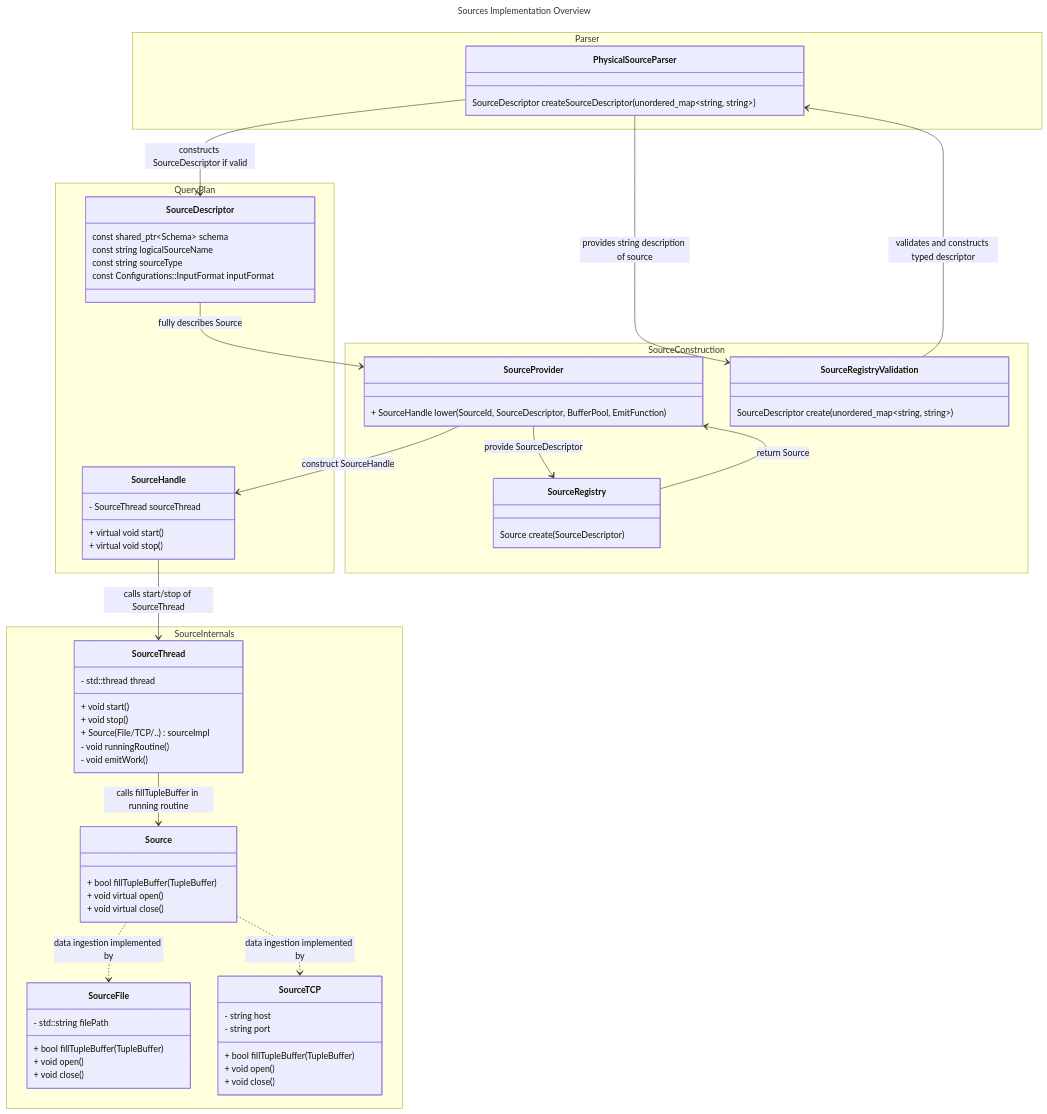
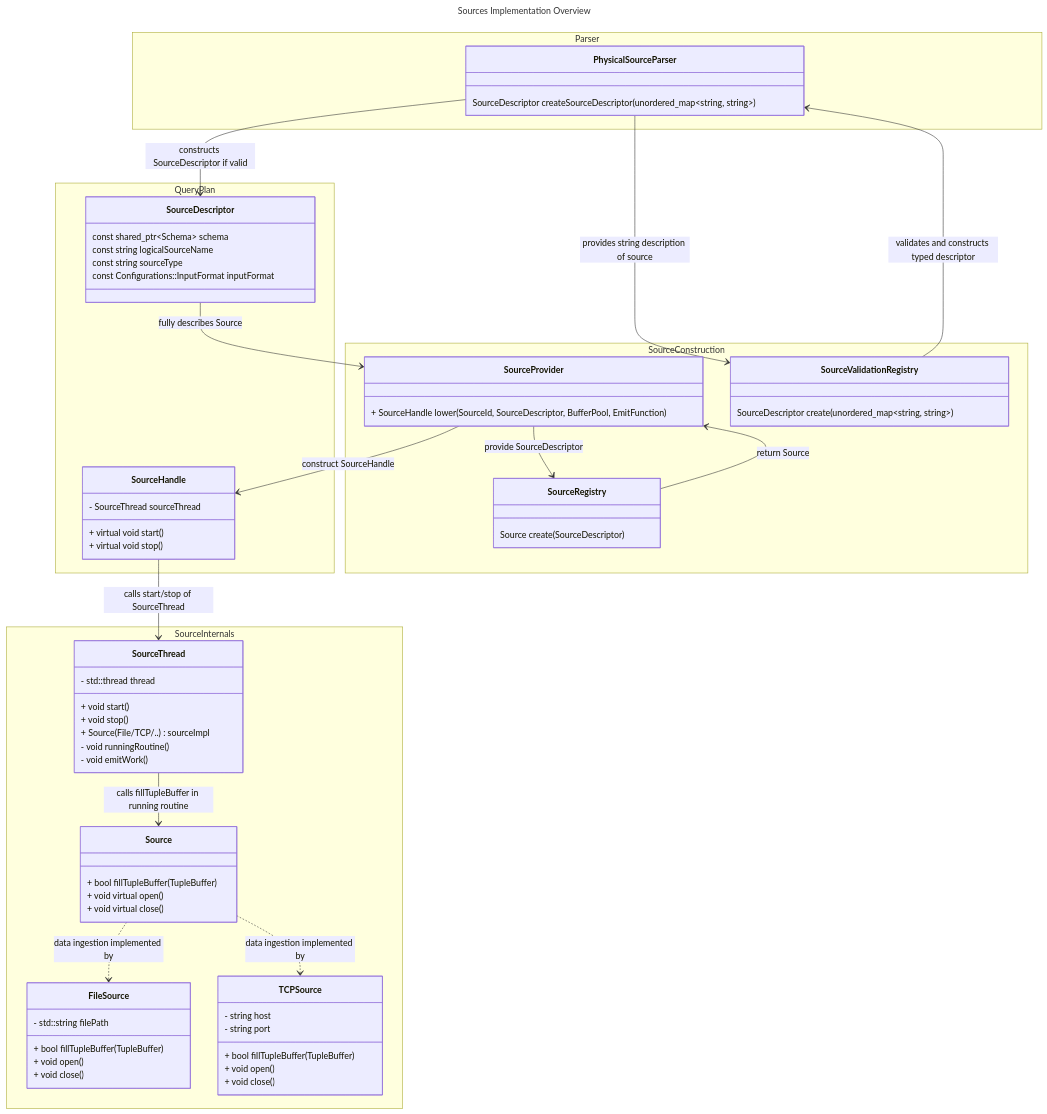
The diagram in nes-sources/src/ClassHierarchy.md (nebulastream/nebulastream), drawn with Mermaid before and after one commit. The commit also changed other lines of this file and 46 other files, not shown here.

First line of the commit message:
refactor(Naming): Renamed sinks, sources, source parser according to #494.

````diff
--- a/nes-sources/src/ClassHierarchy.md
+++ b/nes-sources/src/ClassHierarchy.md
@@ -12,81 +12,81 @@
 ```mermaid
 ---
 title: Sources Implementation Overview
 ---
 classDiagram
     SourceHandle --> SourceThread : calls start/stop of SourceThread
     SourceThread --> Source : calls fillTupleBuffer in running routine
-    Source ..> SourceFile : data ingestion implemented by
-    Source ..> SourceTCP : data ingestion implemented by
+    Source ..> FileSource : data ingestion implemented by
+    Source ..> TCPSource : data ingestion implemented by
     SourceProvider --> SourceRegistry : provide SourceDescriptor
     SourceRegistry --> SourceProvider : return Source
     SourceProvider --> SourceHandle : construct SourceHandle
     SourceDescriptor --> SourceProvider : fully describes Source
-    PhysicalSourceParser --> SourceRegistryValidation : provides string description of source
-    SourceRegistryValidation --> PhysicalSourceParser : validates and constructs typed descriptor
+    PhysicalSourceParser --> SourceValidationRegistry : provides string description of source
+    SourceValidationRegistry --> PhysicalSourceParser : validates and constructs typed descriptor
     PhysicalSourceParser --> SourceDescriptor : constructs SourceDescriptor if valid
     
     namespace Parser {
         class PhysicalSourceParser {
             SourceDescriptor createSourceDescriptor(unordered_map~string, string~)
         }
     }
     namespace QueryPlan {
         class SourceDescriptor {
             const shared_ptr~Schema~ schema
             const string logicalSourceName
             const string sourceType
             const Configurations::InputFormat inputFormat
         }
         class SourceHandle {
             + virtual void start()
             + virtual void stop()
             - SourceThread sourceThread
         }
     }
     namespace SourceConstruction {
         class SourceProvider {
             + SourceHandle lower(SourceId, SourceDescriptor, BufferPool, EmitFunction)
         }
 
         class SourceRegistry {
             Source create(SourceDescriptor)
         }
 
-        class SourceRegistryValidation {
+        class SourceValidationRegistry {
             SourceDescriptor create(unordered_map~string, string~)
         }
     }
 
     namespace SourceInternals {
         class SourceThread {
             + void start()
             + void stop()
             + Source(File/TCP/..) sourceImpl
             - std::thread thread
             - void runningRoutine()
             - void emitWork()
         }
     %% Source is the interface for the PluginRegistry for sources
         class Source {
             + bool fillTupleBuffer(TupleBuffer)
             + void virtual open()
             + void virtual close()
         }
 
-        class SourceFile {
+        class FileSource {
             + bool fillTupleBuffer(TupleBuffer)
             + void open()
             + void close()
             - std::string filePath
         }
 
-        class SourceTCP {
+        class TCPSource {
             + bool fillTupleBuffer(TupleBuffer)
             + void open()
             + void close()
             - string host
             - string port
         }
     }
 ```
````
